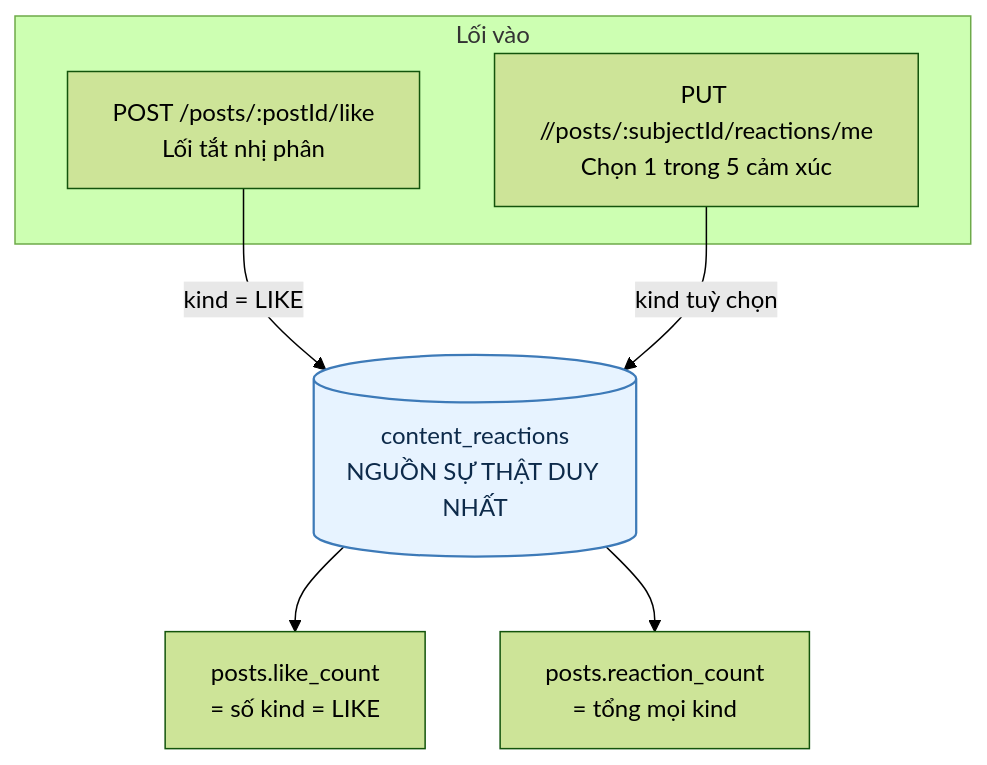
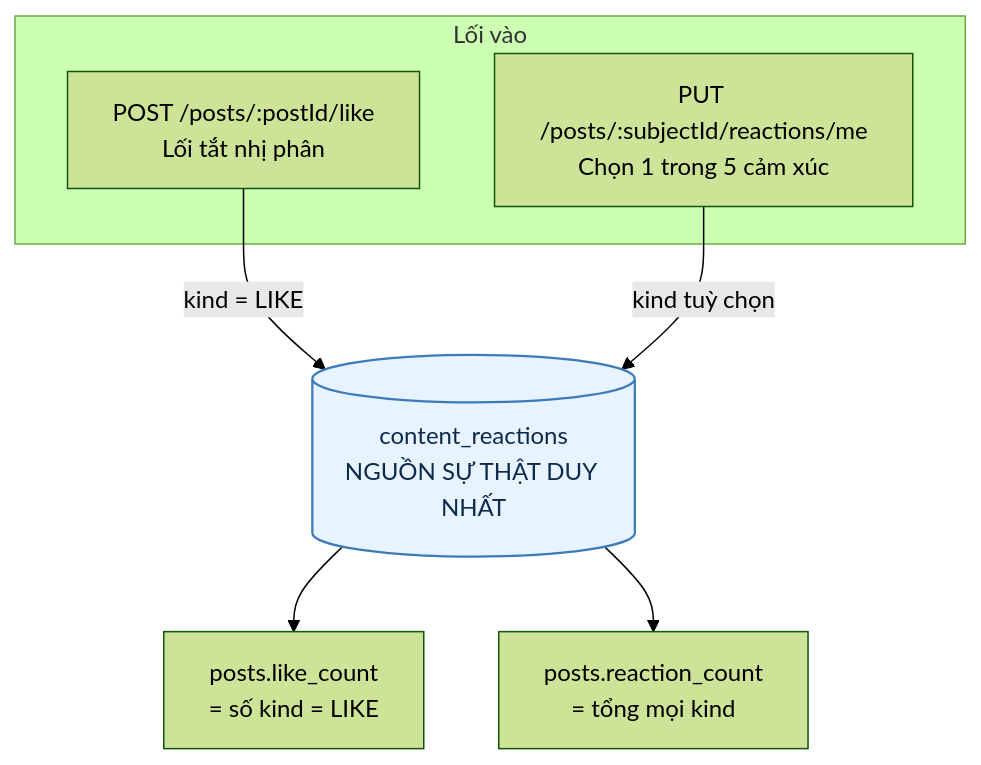
One commit to fdshn/trueheart changed the first of 8 diagrams in docs/diagram/06-interaction.md. Above: the diagram before and after it, drawn with Mermaid (forest theme). The commit also changed other lines of this file and 17 other files, not shown here.

````diff
--- a/docs/diagram/06-interaction.md
+++ b/docs/diagram/06-interaction.md
@@ -7,15 +11,15 @@
 ```mermaid
 flowchart TD
-    subgraph Lối vào
+    subgraph LoiVao["Lối vào"]
         A["POST /posts/:postId/like<br/>Lối tắt nhị phân"]
-        B["PUT //posts/:subjectId/reactions/me<br/>Chọn 1 trong 5 cảm xúc"]
+        B["PUT /posts/:subjectId/reactions/me<br/>Chọn 1 trong 5 cảm xúc"]
     end
 
     A -->|kind = LIKE| T[(content_reactions<br/>NGUỒN SỰ THẬT DUY NHẤT)]
     B -->|kind tuỳ chọn| T
 
     T --> C1["posts.like_count<br/>= số kind = LIKE"]
     T --> C2["posts.reaction_count<br/>= tổng mọi kind"]
 
     style T fill:#e7f3ff,stroke:#3d7ab8,stroke-width:1.5px,color:#0d2a4a
 ```
````
